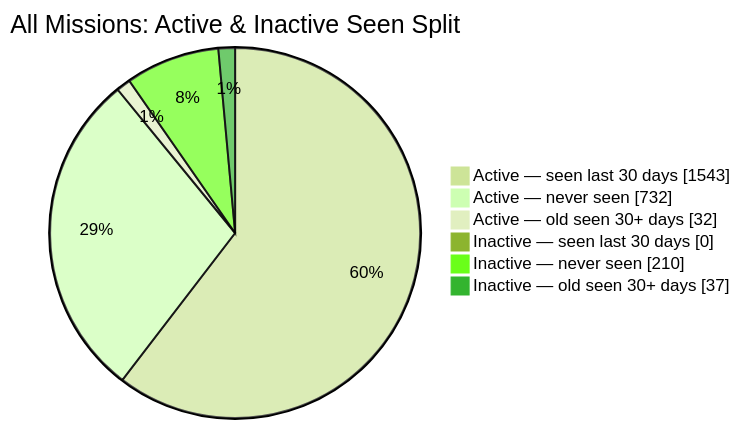
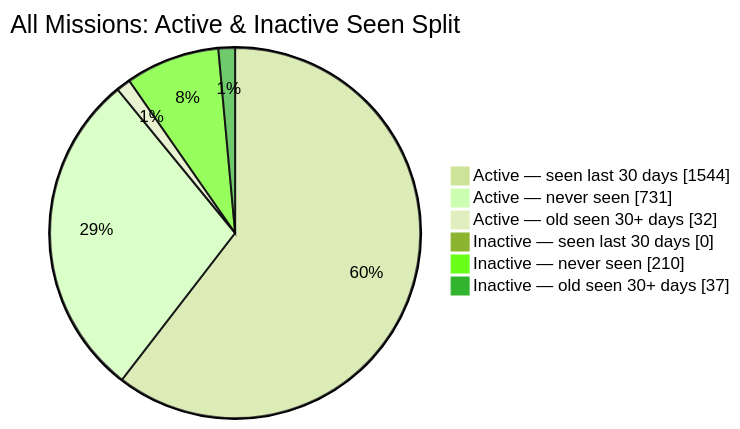
One commit to MeldkamerspelGameTeam/active-missions changed the second of 2 diagrams in README.md. Above: the diagram before and after it, drawn with Mermaid (forest theme). The commit also changed other lines of this file and 2 other files, not shown here.

````diff
--- a/README.md
+++ b/README.md
@@ -44,10 +44,10 @@
 ```mermaid
 pie showData
     title All Missions: Active & Inactive Seen Split
-    "Active — seen last 30 days" : 1543
-    "Active — never seen" : 732
+    "Active — seen last 30 days" : 1544
+    "Active — never seen" : 731
     "Active — old seen 30+ days" : 32
     "Inactive — seen last 30 days" : 0
     "Inactive — never seen" : 210
     "Inactive — old seen 30+ days" : 37
 ```
````
